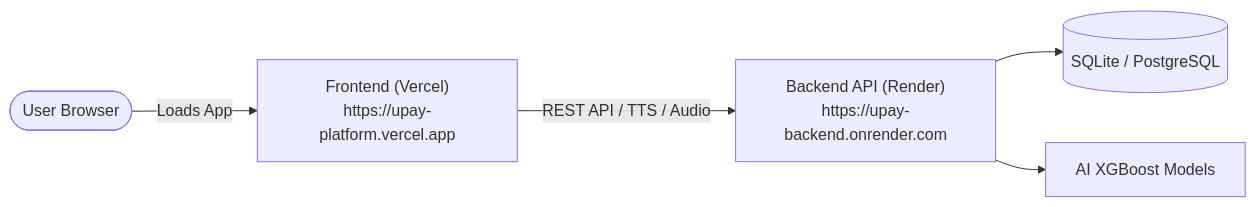
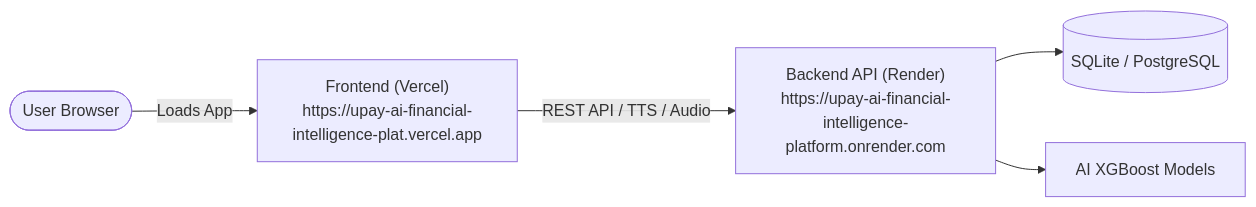
The diagram in DEPLOYMENT.md (mrmayan179/Upay_AI_Financial_Intelligence_Platform), drawn with Mermaid before and after one commit. The commit also changed other lines of this file and 1 other file, not shown here.

Commit message:
docs: add official live production URLs for Vercel frontend, Render backend, Swagger, and Evidence Report

````diff
--- a/DEPLOYMENT.md
+++ b/DEPLOYMENT.md
@@ -11,13 +22,13 @@
 ```mermaid
 flowchart LR
     Client([User Browser])
-    Vercel["Frontend (Vercel)\nhttps://upay-platform.vercel.app"]
-    Render["Backend API (Render)\nhttps://upay-backend.onrender.com"]
+    Vercel["Frontend (Vercel)\nhttps://upay-ai-financial-intelligence-plat.vercel.app"]
+    Render["Backend API (Render)\nhttps://upay-ai-financial-intelligence-platform.onrender.com"]
     DB[(SQLite / PostgreSQL)]
     Models[AI XGBoost Models]
 
     Client -->|Loads App| Vercel
     Vercel -->|REST API / TTS / Audio| Render
     Render --> DB
     Render --> Models
 ```
````
